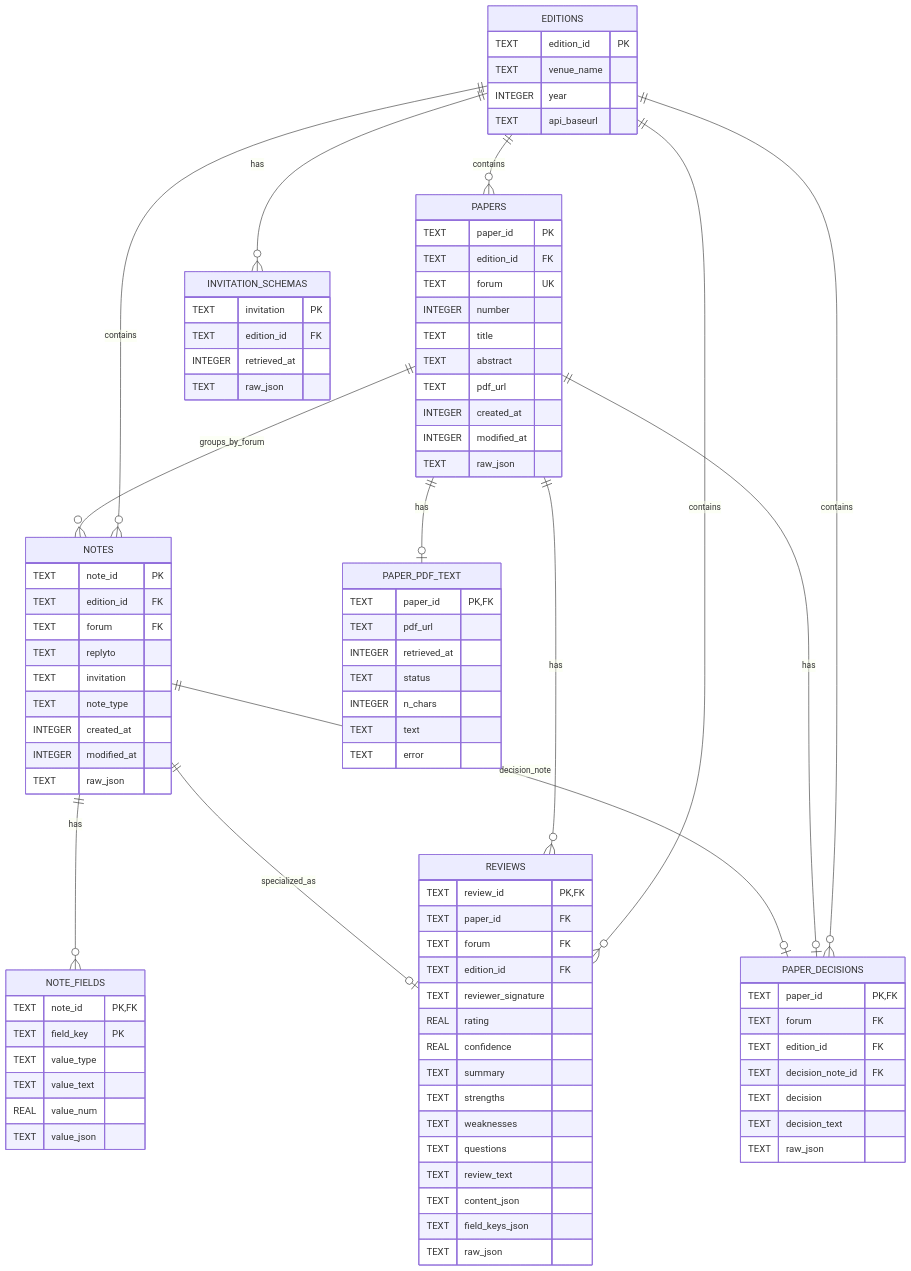
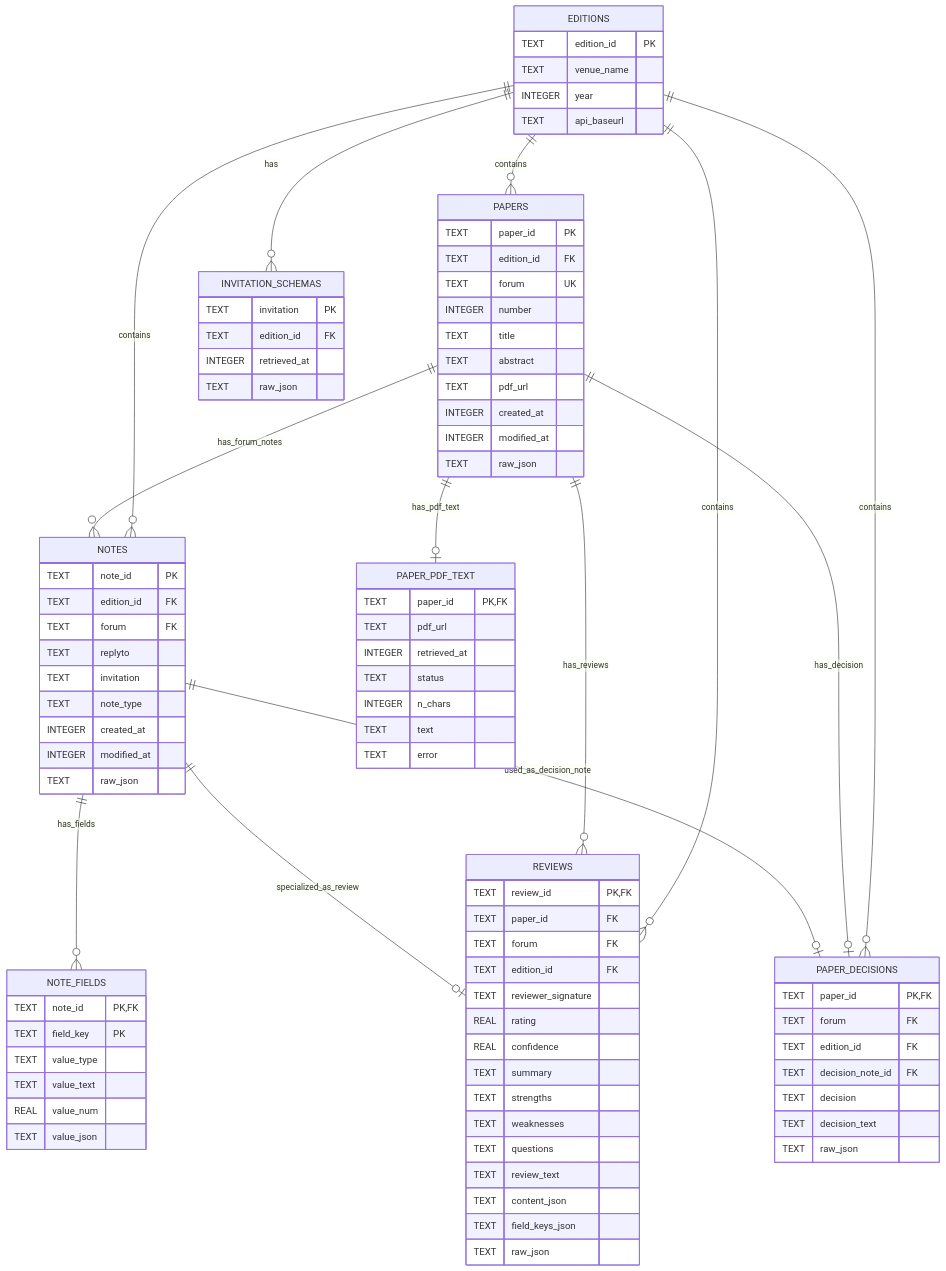
One commit to VericaD/LLM-conference-community changed the diagram in docs/database_schema.md. Above: the diagram before and after it, drawn with Mermaid.

Commit message:
Small changes to the schema

```diff
--- a/docs/database_schema.md
+++ b/docs/database_schema.md
@@ -8,14 +8,14 @@
     EDITIONS ||--o{ REVIEWS : contains
     EDITIONS ||--o{ PAPER_DECISIONS : contains
 
-    PAPERS ||--o{ NOTES : groups_by_forum
-    PAPERS ||--o{ REVIEWS : has
-    PAPERS ||--o| PAPER_DECISIONS : has
-    PAPERS ||--o| PAPER_PDF_TEXT : has
+    PAPERS ||--o{ NOTES : has_forum_notes
+    PAPERS ||--o{ REVIEWS : has_reviews
+    PAPERS ||--o| PAPER_DECISIONS : has_decision
+    PAPERS ||--o| PAPER_PDF_TEXT : has_pdf_text
 
-    NOTES ||--o{ NOTE_FIELDS : has
-    NOTES ||--o| REVIEWS : specialized_as
-    NOTES ||--o| PAPER_DECISIONS : decision_note
+    NOTES ||--o{ NOTE_FIELDS : has_fields
+    NOTES ||--o| REVIEWS : specialized_as_review
+    NOTES ||--o| PAPER_DECISIONS : used_as_decision_note
 
     EDITIONS {
         TEXT edition_id PK
```
